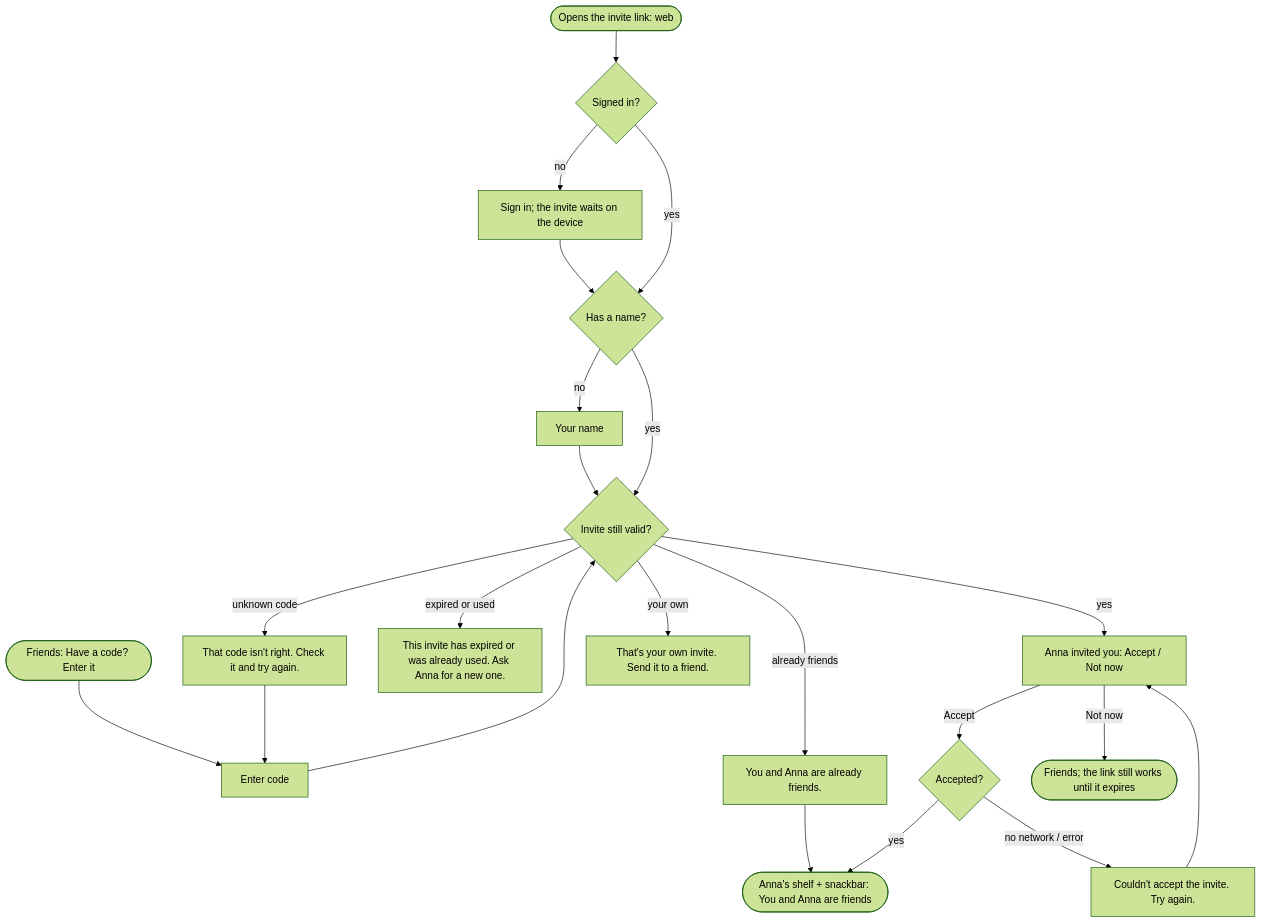
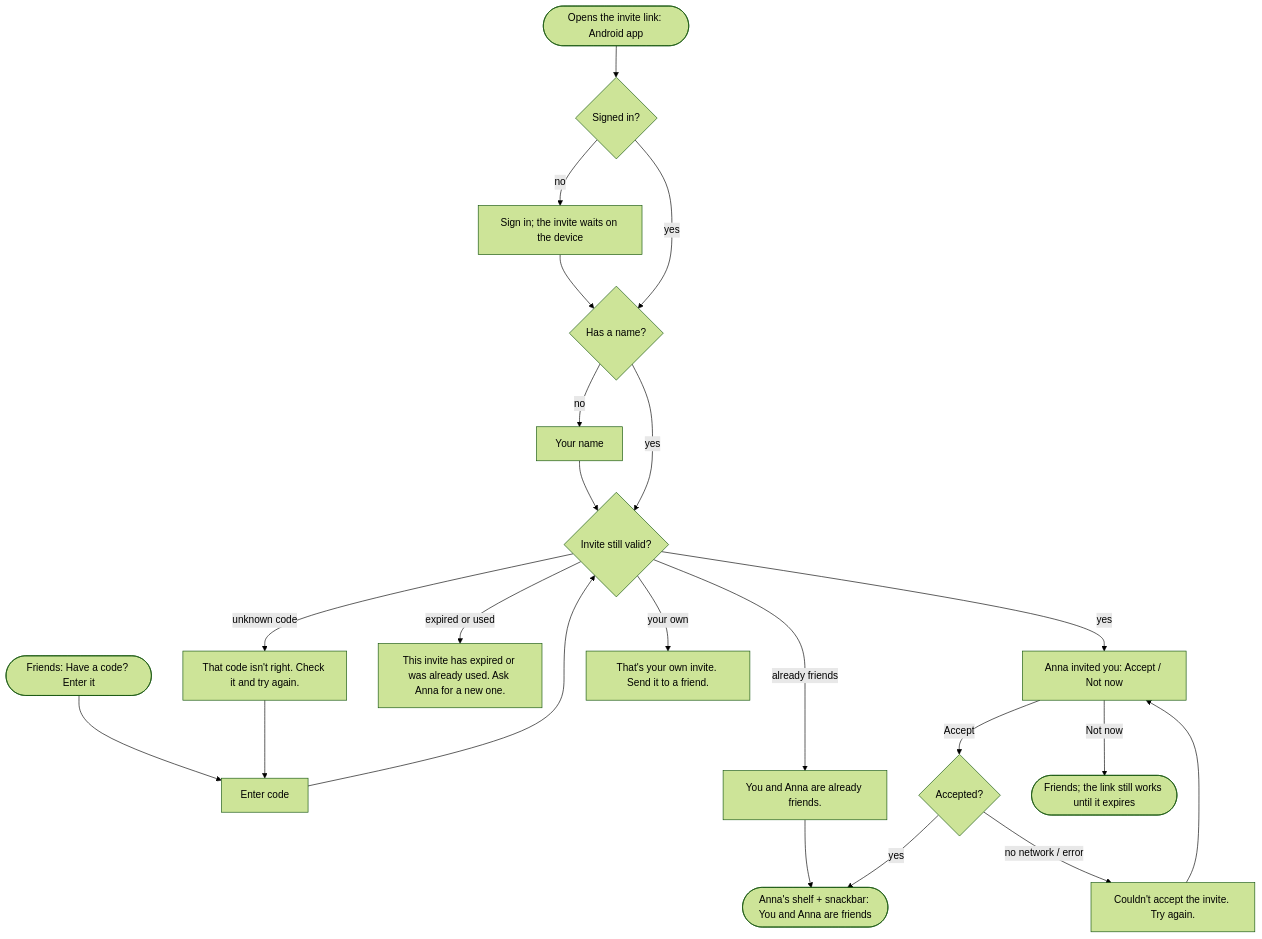
Diagram 11 of 14 in docs/design/flows.md (Schwub/shelf), drawn with Mermaid (forest theme) before and after one commit. The commit also changed other lines of this file and 28 other files, not shown here.

First line of the commit message:
The feed; invite links open the Android app (TASK-38)

````diff
--- a/docs/design/flows.md
+++ b/docs/design/flows.md
@@ -268,18 +270,18 @@
 ```mermaid
 flowchart TD
-  link([Opens the invite link: web]) --> signed{Signed in?}
+  link([Opens the invite link: Android app]) --> signed{Signed in?}
   code([Friends: Have a code? Enter it]) --> enter[Enter code] --> check
   signed -- no --> signin[Sign in; the invite waits on the device] --> named
   signed -- yes --> named{Has a name?}
   named -- no --> name[Your name] --> check
   named -- yes --> check{Invite still valid?}
   check -- yes --> accept[Anna invited you: Accept / Not now]
   check -- expired or used --> gone[This invite has expired or was already used. Ask Anna for a new one.]
   check -- unknown code --> wrong[That code isn't right. Check it and try again.] --> enter
   check -- your own --> own[That's your own invite. Send it to a friend.]
   check -- already friends --> already[You and Anna are already friends.] --> fshelf
   accept -- Accept --> ok{Accepted?}
   ok -- yes --> fshelf([Anna's shelf + snackbar: You and Anna are friends])
   ok -- no network / error --> acceptErr[Couldn't accept the invite. Try again.] --> accept
   accept -- Not now --> friends2([Friends; the link still works until it expires])
 ```
````
